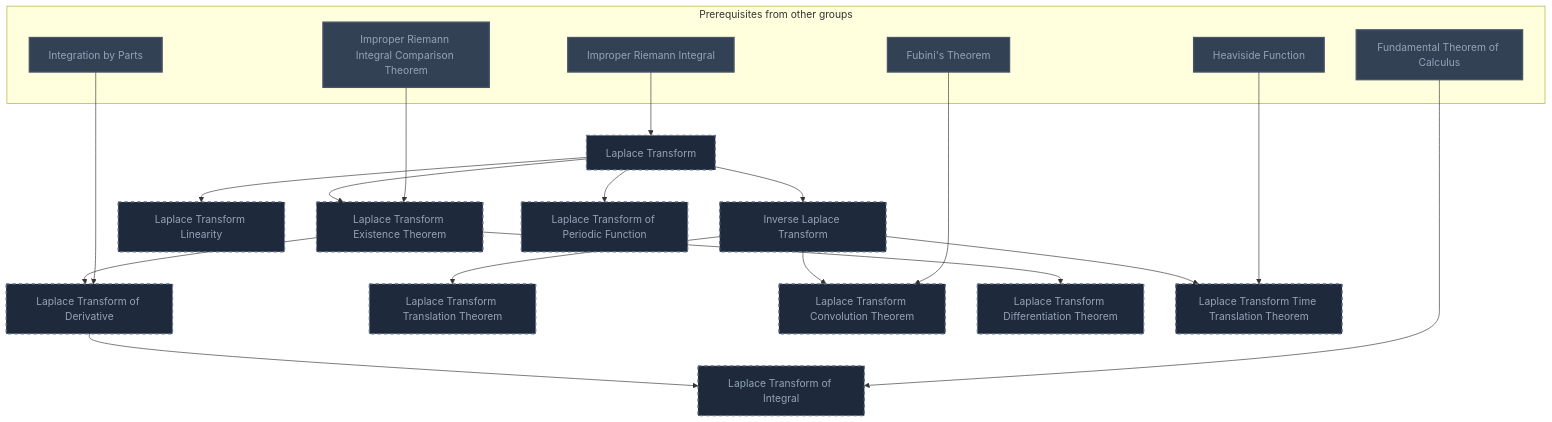
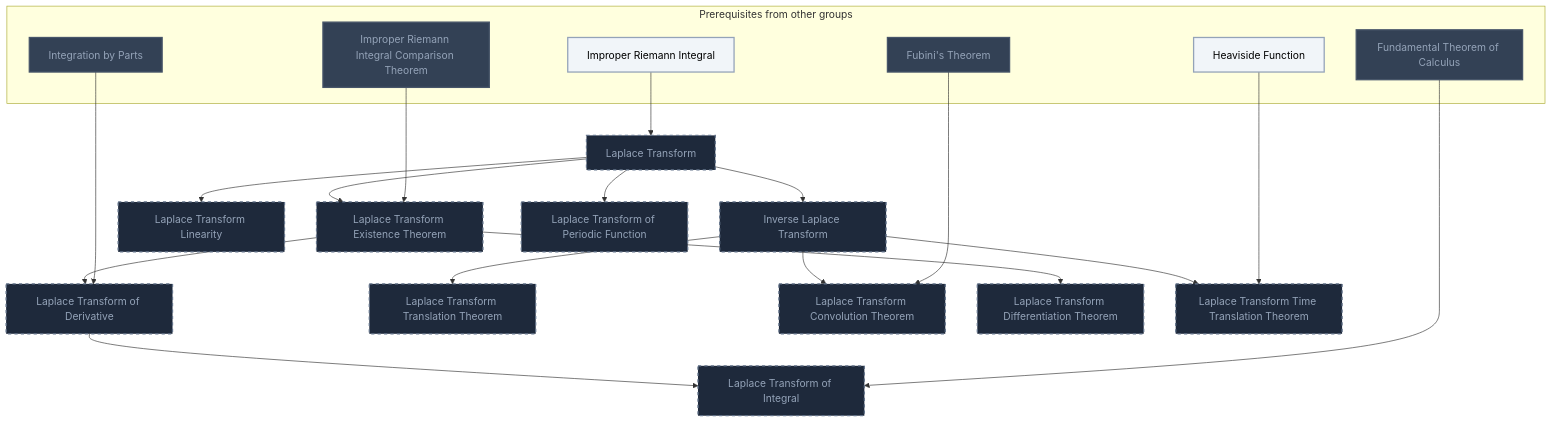
One commit to MRauf1/My-Notes changed the fourth of 7 diagrams in Gamification/Skill Trees/Differential Equations.md. Above: the diagram before and after it, drawn with Mermaid. The commit also changed other lines of this file and 156 other files, not shown here.

````diff
--- a/Gamification/Skill Trees/Differential Equations.md
+++ b/Gamification/Skill Trees/Differential Equations.md
@@ -220,50 +223,51 @@
 ```mermaid
 flowchart TD
     classDef planned fill:#1E293B,stroke:#64748B,stroke-width:2px,stroke-dasharray:5 5,color:#94A3B8;
     classDef locked fill:#334155,stroke:#475569,stroke-width:2px,color:#94A3B8;
     classDef L0 fill:#F1F5F9,stroke:#94A3B8,stroke-width:2px,color:#000000;
     classDef L1 fill:#22C55E,stroke:#15803D,stroke-width:2px,color:#000000;
     classDef L2 fill:#3B82F6,stroke:#1D4ED8,stroke-width:3px,color:#FFFFFF;
     classDef L3 fill:#A855F7,stroke:#6B21A8,stroke-width:3px,color:#FFFFFF,font-weight:bold;
     classDef L4 fill:#F97316,stroke:#C2410C,stroke-width:4px,color:#000000,font-weight:bold;
     classDef L5 fill:#FFD700,stroke:#FF8C00,stroke-width:5px,color:#000000,font-weight:bold;
     classDef rusty stroke:#8B4513,stroke-width:4px,stroke-dasharray:3 3;
     subgraph sg_prereqs["Prerequisites from other groups"]
         n_improper_riemann_integral["Improper Riemann Integral"]
         n_improper_riemann_integral_comparison_theorem["Improper Riemann Integral Comparison Theorem"]
         n_integration_by_parts["Integration by Parts"]
         n_fubini_s_theorem["Fubini's Theorem"]
         n_fundamental_theorem_of_calculus["Fundamental Theorem of Calculus"]
         n_heaviside_function["Heaviside Function"]
     end
     n_laplace_transform["Laplace Transform"]
     n_inverse_laplace_transform["Inverse Laplace Transform"]
     n_laplace_transform_linearity["Laplace Transform Linearity"]
     n_laplace_transform_existence_theorem["Laplace Transform Existence Theorem"]
     n_laplace_transform_of_derivative["Laplace Transform of Derivative"]
     n_laplace_transform_translation_theorem["Laplace Transform Translation Theorem"]
     n_laplace_transform_convolution_theorem["Laplace Transform Convolution Theorem"]
     n_laplace_transform_of_integral["Laplace Transform of Integral"]
     n_laplace_transform_differentiation_theorem["Laplace Transform Differentiation Theorem"]
     n_laplace_transform_time_translation_theorem["Laplace Transform Time Translation Theorem"]
     n_laplace_transform_of_periodic_function["Laplace Transform of Periodic Function"]
     n_improper_riemann_integral --> n_laplace_transform
     n_laplace_transform --> n_inverse_laplace_transform
     n_laplace_transform --> n_laplace_transform_linearity
     n_improper_riemann_integral_comparison_theorem --> n_laplace_transform_existence_theorem
     n_laplace_transform --> n_laplace_transform_existence_theorem
     n_integration_by_parts --> n_laplace_transform_of_derivative
     n_laplace_transform_existence_theorem --> n_laplace_transform_of_derivative
     n_inverse_laplace_transform --> n_laplace_transform_translation_theorem
     n_fubini_s_theorem --> n_laplace_transform_convolution_theorem
     n_inverse_laplace_transform --> n_laplace_transform_convolution_theorem
     n_fundamental_theorem_of_calculus --> n_laplace_transform_of_integral
     n_laplace_transform_of_derivative --> n_laplace_transform_of_integral
     n_laplace_transform_existence_theorem --> n_laplace_transform_differentiation_theorem
     n_heaviside_function --> n_laplace_transform_time_translation_theorem
     n_inverse_laplace_transform --> n_laplace_transform_time_translation_theorem
     n_laplace_transform --> n_laplace_transform_of_periodic_function
     class n_laplace_transform,n_inverse_laplace_transform,n_laplace_transform_linearity,n_laplace_transform_existence_theorem,n_laplace_transform_of_derivative,n_laplace_transform_translation_theorem,n_laplace_transform_convolution_theorem,n_laplace_transform_of_integral,n_laplace_transform_differentiation_theorem,n_laplace_transform_time_translation_theorem,n_laplace_transform_of_periodic_function planned;
-    class n_improper_riemann_integral,n_improper_riemann_integral_comparison_theorem,n_integration_by_parts,n_fubini_s_theorem,n_fundamental_theorem_of_calculus,n_heaviside_function locked;
+    class n_improper_riemann_integral_comparison_theorem,n_integration_by_parts,n_fubini_s_theorem,n_fundamental_theorem_of_calculus locked;
+    class n_improper_riemann_integral,n_heaviside_function L0;
     class n_improper_riemann_integral,n_improper_riemann_integral_comparison_theorem,n_integration_by_parts,n_fubini_s_theorem,n_fundamental_theorem_of_calculus,n_heaviside_function internal-link;
 ```
````
